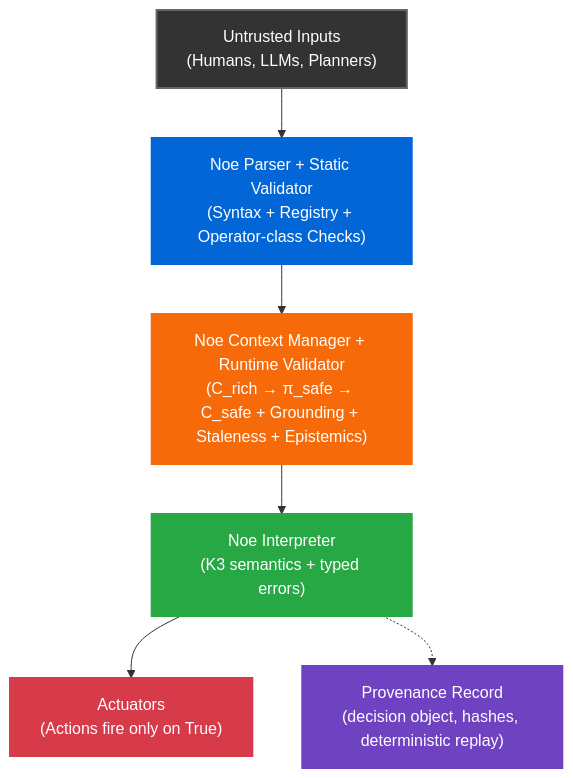
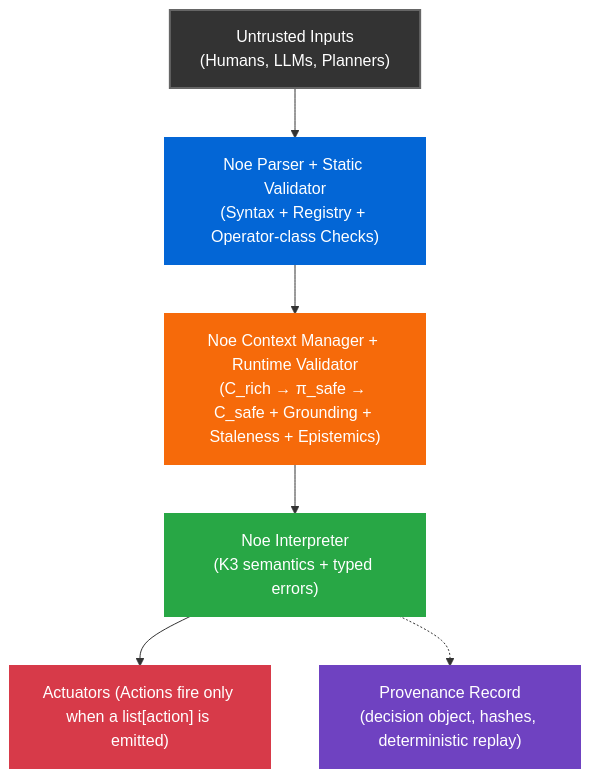
Before and after one commit to noe-protocol/noe: the diagram in README.md, drawn with Mermaid. The commit also changed other lines of this file, not shown here.

````diff
--- a/README.md
+++ b/README.md
@@ -248,15 +259,15 @@
 ```mermaid
 flowchart TD
     A["Untrusted Inputs<br/>(Humans, LLMs, Planners)"] --> B["Noe Parser + Static Validator<br/>(Syntax + Registry + Operator-class Checks)"]
     B --> C["Noe Context Manager + Runtime Validator<br/>(C_rich → π_safe → C_safe + Grounding + Staleness + Epistemics)"]
     C --> D["Noe Interpreter<br/>(K3 semantics + typed errors)"]
-    D --> E["Actuators<br/>(Actions fire only on True)"]
+    D --> E["Actuators (Actions fire only when a list[action] is emitted)"]
     D -.-> F["Provenance Record<br/>(decision object, hashes, deterministic replay)"]
     
     style A fill:#333,stroke:#666,stroke-width:2px,color:#fff
     style B fill:#0366d6,stroke:#0366d6,stroke-width:2px,color:#fff
     style C fill:#f66a0a,stroke:#f66a0a,stroke-width:2px,color:#fff
     style D fill:#28a745,stroke:#28a745,stroke-width:2px,color:#fff
     style E fill:#d73a49,stroke:#d73a49,stroke-width:2px,color:#fff
     style F fill:#6f42c1,stroke:#6f42c1,stroke-width:2px,color:#fff
 ```
````
